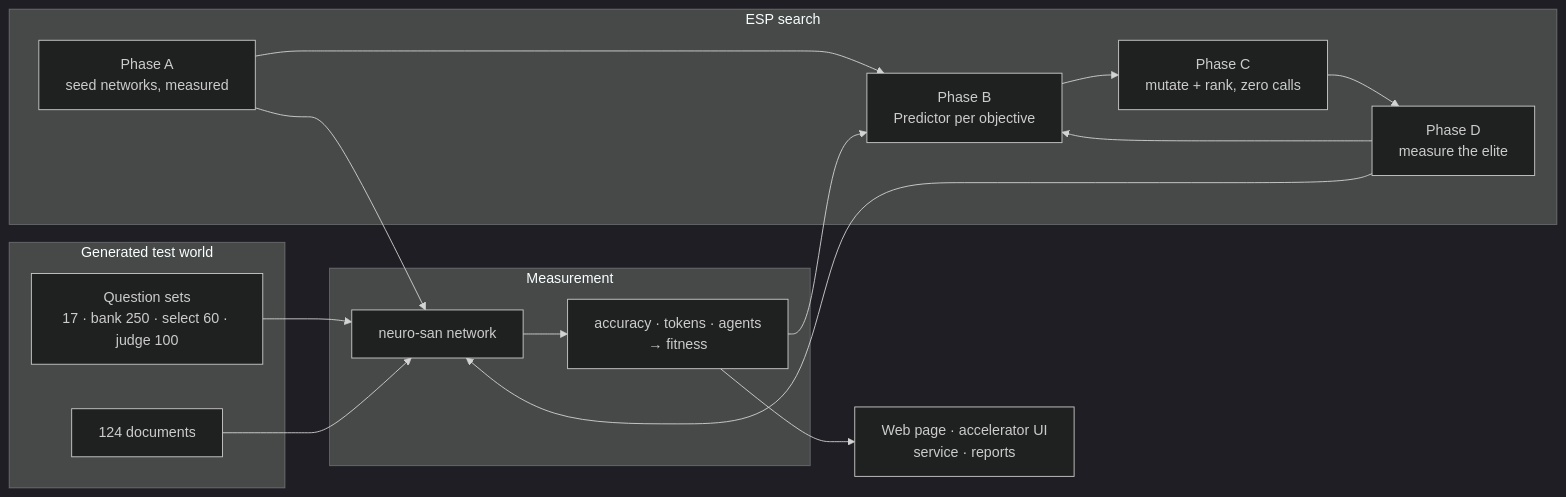
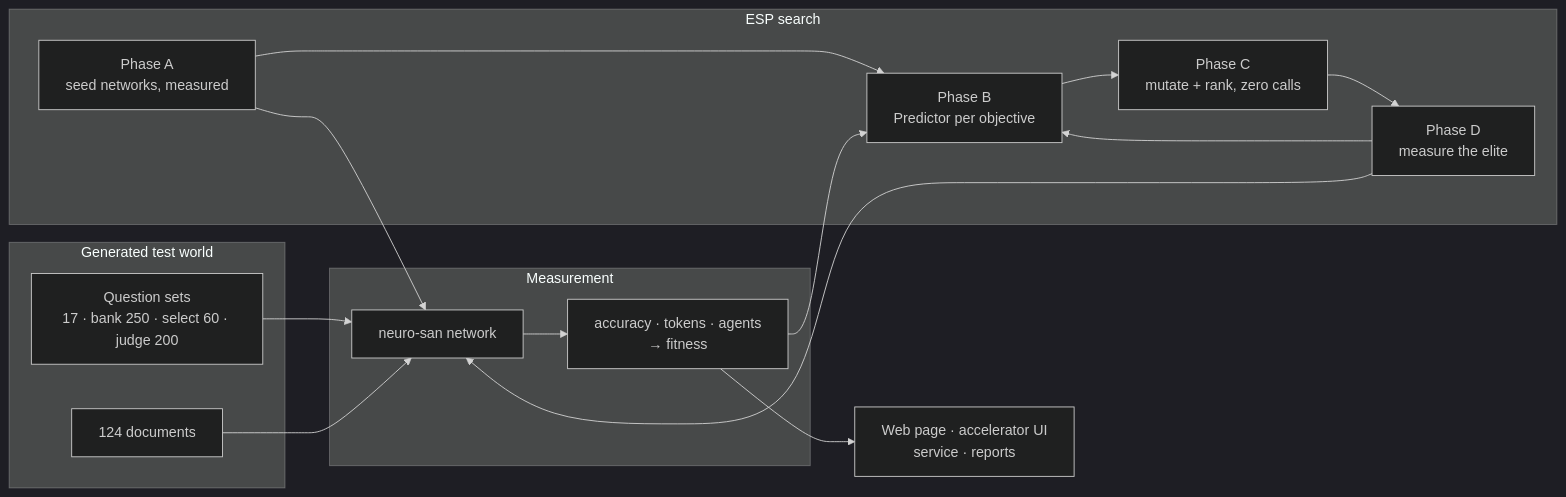
One commit to Sivakumarraj/neuro-san-esp changed the diagram in README.md. Above: the diagram before and after it, drawn with Mermaid (dark theme). The commit also changed other lines of this file and 19 other files, not shown here.

````diff
--- a/README.md
+++ b/README.md
@@ -50,27 +58,27 @@
 ```mermaid
 flowchart LR
     subgraph World["Generated test world"]
         Docs["124 documents"]
-        Q["Question sets<br/>17 · bank 250 · select 60 · judge 100"]
+        Q["Question sets<br/>17 · bank 250 · select 60 · judge 200"]
     end
 
     subgraph Search["ESP search"]
         Seeds["Phase A<br/>seed networks, measured"]
         Pred["Phase B<br/>Predictor per objective"]
         Breed["Phase C<br/>mutate + rank, zero calls"]
         Pay["Phase D<br/>measure the elite"]
         Seeds --> Pred --> Breed --> Pay --> Pred
     end
 
     subgraph Measure["Measurement"]
         Net["neuro-san network"] --> Score["accuracy · tokens · agents<br/>→ fitness"]
     end
 
     Q --> Net
     Docs --> Net
     Seeds --> Net
     Pay --> Net
     Score --> Pred
 
     Score --> Out["Web page · accelerator UI<br/>service · reports"]
 ```
````
